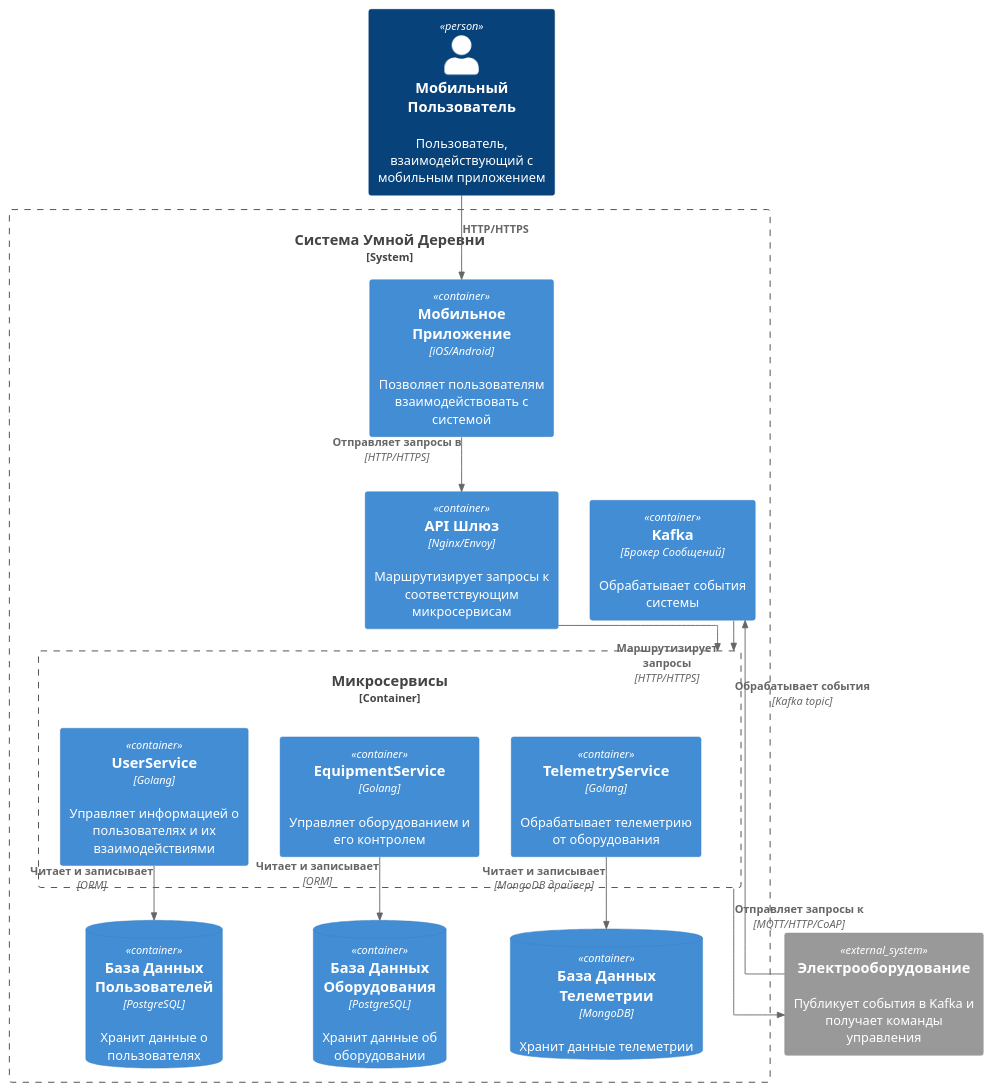
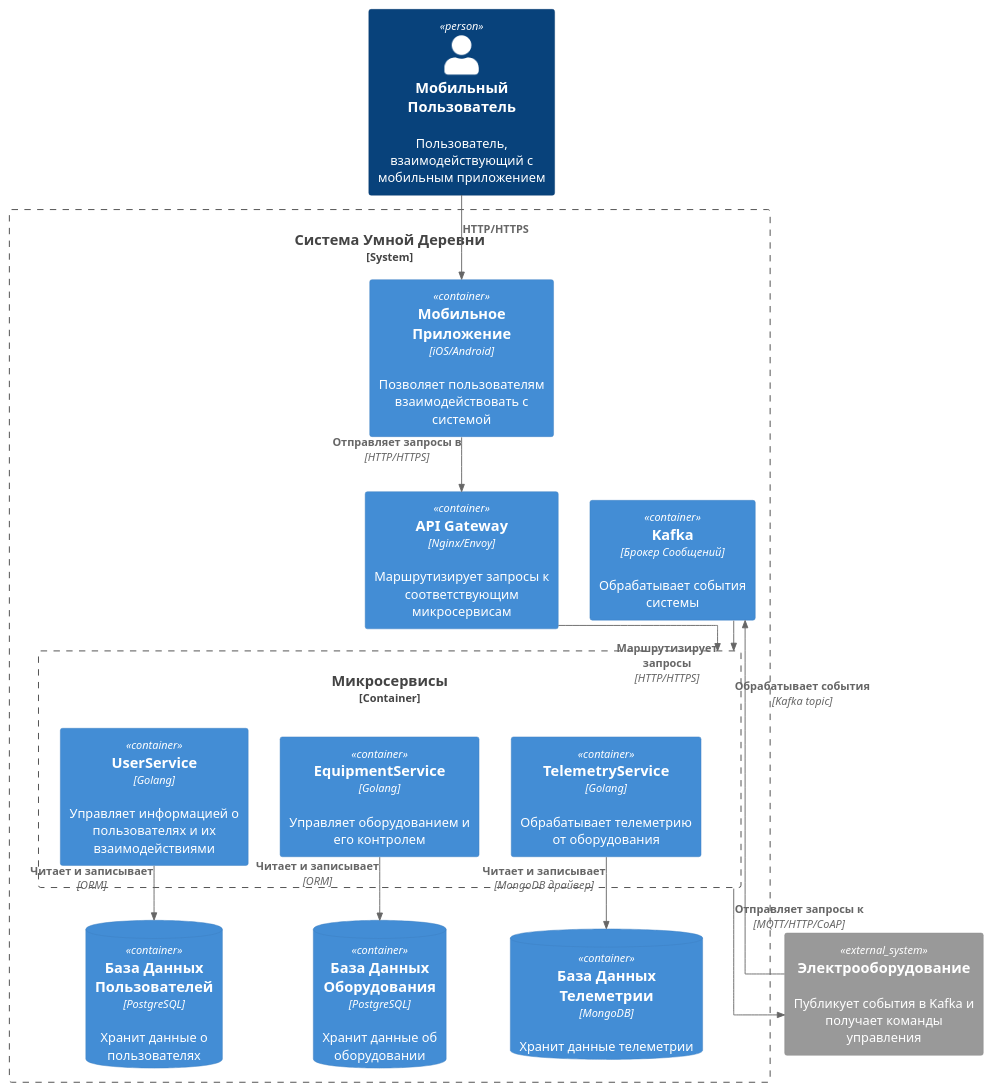
The diagram in smart-home-monolith/diagrams/component/Component_Heating_System.puml (fireflysmk/architecture-sprint-3), drawn with PlantUML before and after one commit.

Commit message:
API Gateway

```diff
--- a/smart-home-monolith/diagrams/component/Component_Heating_System.puml
+++ b/smart-home-monolith/diagrams/component/Component_Heating_System.puml
@@ -1,40 +1,40 @@
 @startuml
 !include <C4/C4_Container>
 
 skinparam linetype ortho
 
 Person(mobile_user, "Мобильный Пользователь", "Пользователь, взаимодействующий с мобильным приложением")
 
 System_Boundary(b_system, "Система Умной Деревни") {
     Container(mobile_app, "Мобильное Приложение", "iOS/Android", "Позволяет пользователям взаимодействовать с системой")
-    Container(api_gateway, "API Шлюз", "Nginx/Envoy", "Маршрутизирует запросы к соответствующим микросервисам")
+    Container(api_gateway, "API Gateway", "Nginx/Envoy", "Маршрутизирует запросы к соответствующим микросервисам")
 
     Container_Boundary(services, "Микросервисы") {
         Container(user_service, "UserService", "Golang", "Управляет информацией о пользователях и их взаимодействиями")
         Container(equipment_service, "EquipmentService", "Golang", "Управляет оборудованием и его контролем")
         Container(telemetry_service, "TelemetryService", "Golang", "Обрабатывает телеметрию от оборудования")
     }
 
     ContainerDb(user_db, "База Данных Пользователей", "PostgreSQL", "Хранит данные о пользователях")
     ContainerDb(equipment_db, "База Данных Оборудования", "PostgreSQL", "Хранит данные об оборудовании")
     ContainerDb(telemetry_db, "База Данных Телеметрии", "MongoDB", "Хранит данные телеметрии")
 
     Container(kafka, "Kafka", "Брокер Сообщений", "Обрабатывает события системы")
 }
 
 System_Ext(external_system, "Электрооборудование", "Публикует события в Kafka и получает команды управления")
 
 Rel(mobile_user, mobile_app, "HTTP/HTTPS")
 Rel(mobile_app, api_gateway, "Отправляет запросы в", "HTTP/HTTPS")
 Rel_D(api_gateway, services, "Маршрутизирует запросы", "HTTP/HTTPS")
 
 Rel(user_service, user_db, "Читает и записывает", "ORM")
 Rel(equipment_service, equipment_db, "Читает и записывает", "ORM")
 Rel(telemetry_service, telemetry_db, "Читает и записывает", "MongoDB драйвер")
 
 Rel(external_system, kafka, " ")
 Rel(kafka, services, "Обрабатывает события", "Kafka topic")
 
 Rel(services, external_system, "Отправляет запросы к", "MQTT/HTTP/CoAP")
 
 @enduml
```
